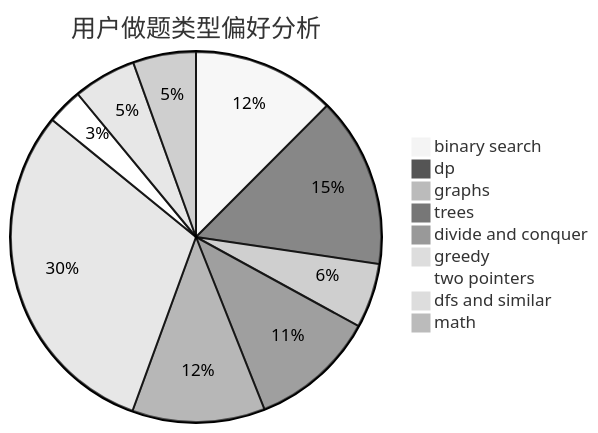
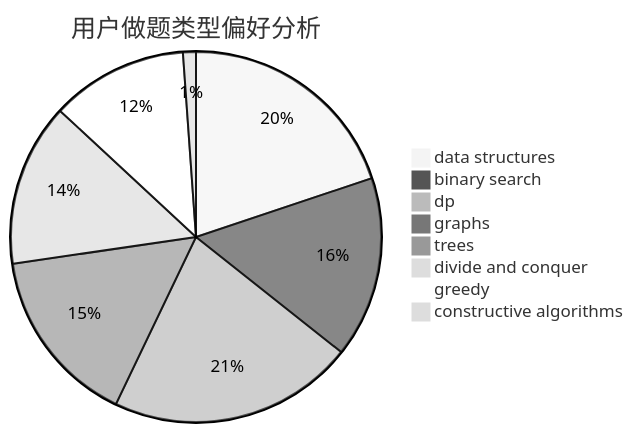
One commit to sherpahu/cfrs.github.io changed the second of 3 diagrams in docs/user/u779.md. Above: the diagram before and after it, drawn with Mermaid (neutral theme). The commit also changed other lines of this file and 2775 other files, not shown here.

````diff
--- a/docs/user/u779.md
+++ b/docs/user/u779.md
@@ -23,12 +23,11 @@
 ```mermaid
 pie title 用户做题类型偏好分析
-    "binary search" :  84
-    "dp" :  100
-    "graphs" :  38
-    "trees" :  74
-    "divide and conquer" :  78
-    "greedy" :  204
-    "two pointers" :  21
-    "dfs and similar" :  37
-    "math" :  37
+    "data structures" :  88
+    "binary search" :  70
+    "dp" :  95
+    "graphs" :  3
+    "trees" :  69
+    "divide and conquer" :  63
+    "greedy" :  53
+    "constructive algorithms" :  5
 ```
````
